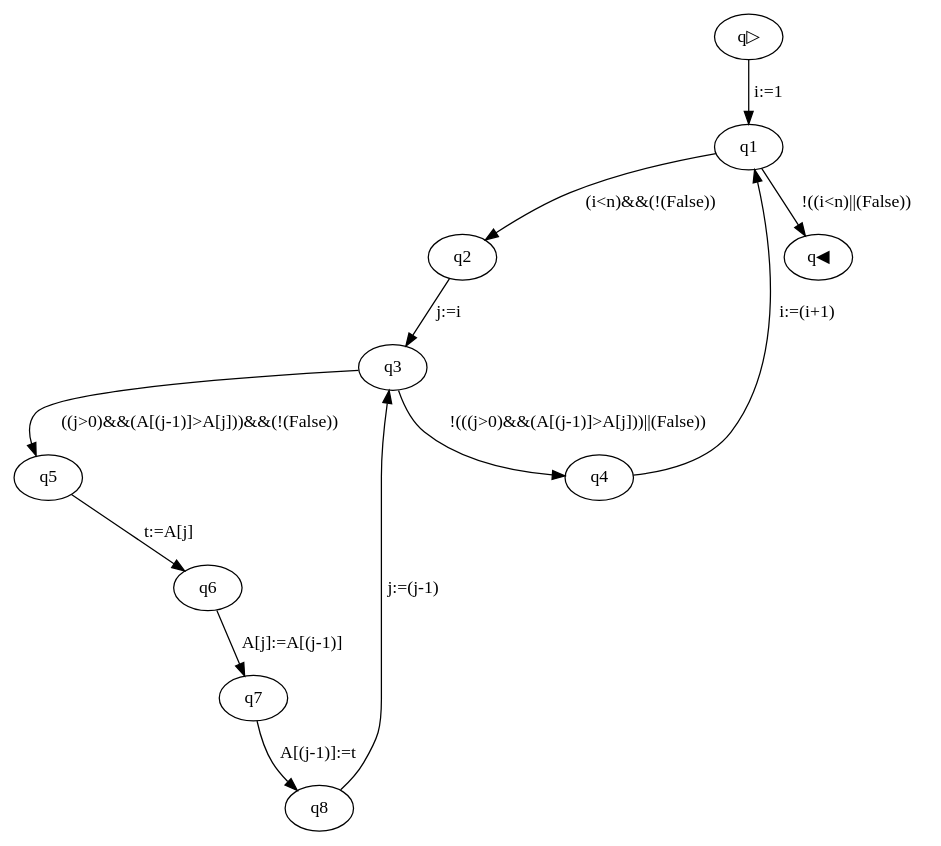
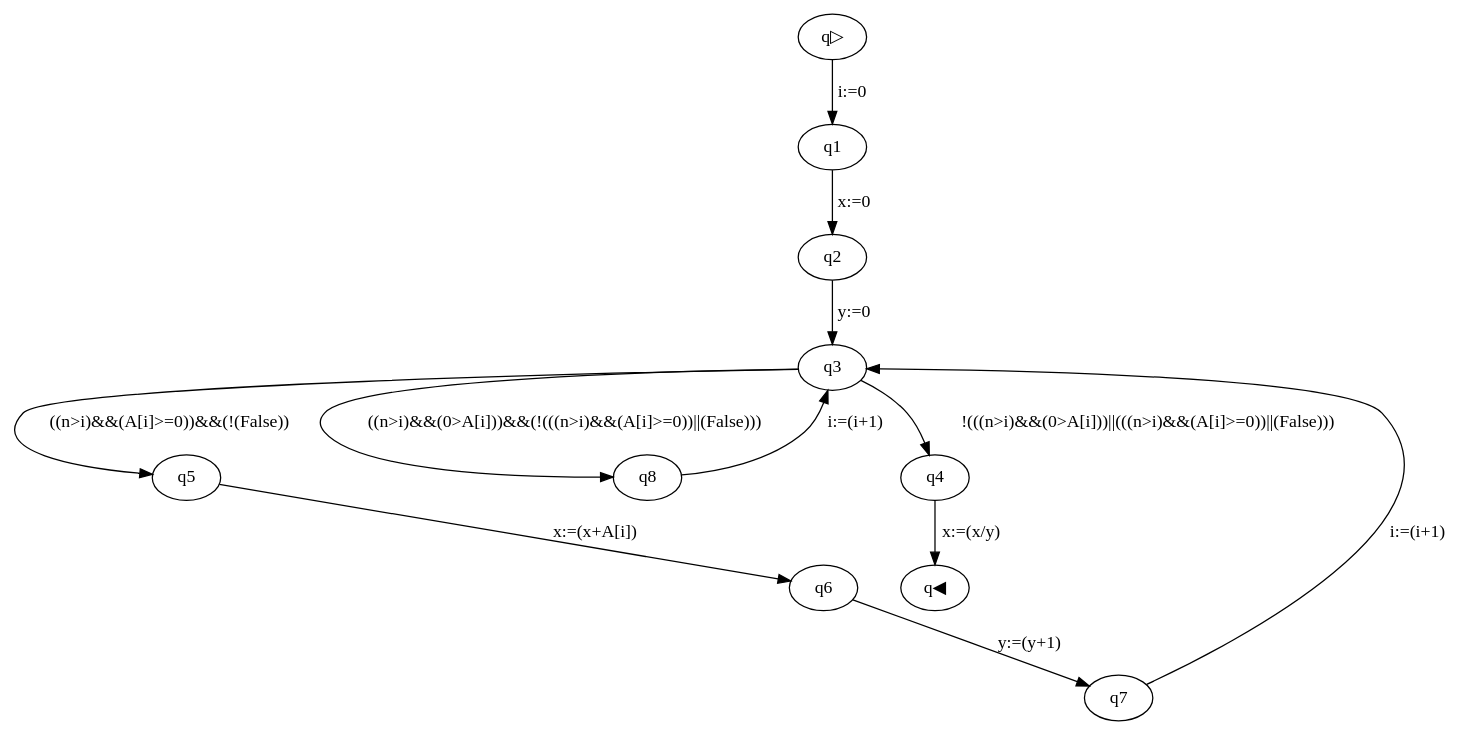
The diagram in FilesOUT/graph.dot (JepMik/GCL-Build-Analyse-Tool), drawn with Graphviz before and after one commit. The commit also changed 6 other files, not shown here.

```diff
--- a/FilesOUT/graph.dot
+++ b/FilesOUT/graph.dot
@@ -1,13 +1,13 @@
 strict digraph {
-q▷ -> q1[label="i:=1"];
-q1 -> q2[label="(i<n)&&(!(False))"];
-q2 -> q3[label="j:=i"];
-q3 -> q5[label="((j>0)&&(A[(j-1)]>A[j]))&&(!(False))"];
-q5 -> q6[label="t:=A[j]"];
-q6 -> q7[label="A[j]:=A[(j-1)]"];
-q7 -> q8[label="A[(j-1)]:=t"];
-q8 -> q3[label="j:=(j-1)"];
-q3 -> q4[label="!(((j>0)&&(A[(j-1)]>A[j]))||(False))"];
-q4 -> q1[label="i:=(i+1)"];
-q1 -> q◀[label="!((i<n)||(False))"];
+q▷ -> q1[label="i:=0"];
+q1 -> q2[label="x:=0"];
+q2 -> q3[label="y:=0"];
+q3 -> q5[label="((n>i)&&(A[i]>=0))&&(!(False))"];
+q5 -> q6[label="x:=(x+A[i])"];
+q6 -> q7[label="y:=(y+1)"];
+q7 -> q3[label="i:=(i+1)"];
+q3 -> q8[label="((n>i)&&(0>A[i]))&&(!(((n>i)&&(A[i]>=0))||(False)))"];
+q8 -> q3[label="i:=(i+1)"];
+q3 -> q4[label="!(((n>i)&&(0>A[i]))||(((n>i)&&(A[i]>=0))||(False)))"];
+q4 -> q◀[label="x:=(x/y)"];
 }
```
